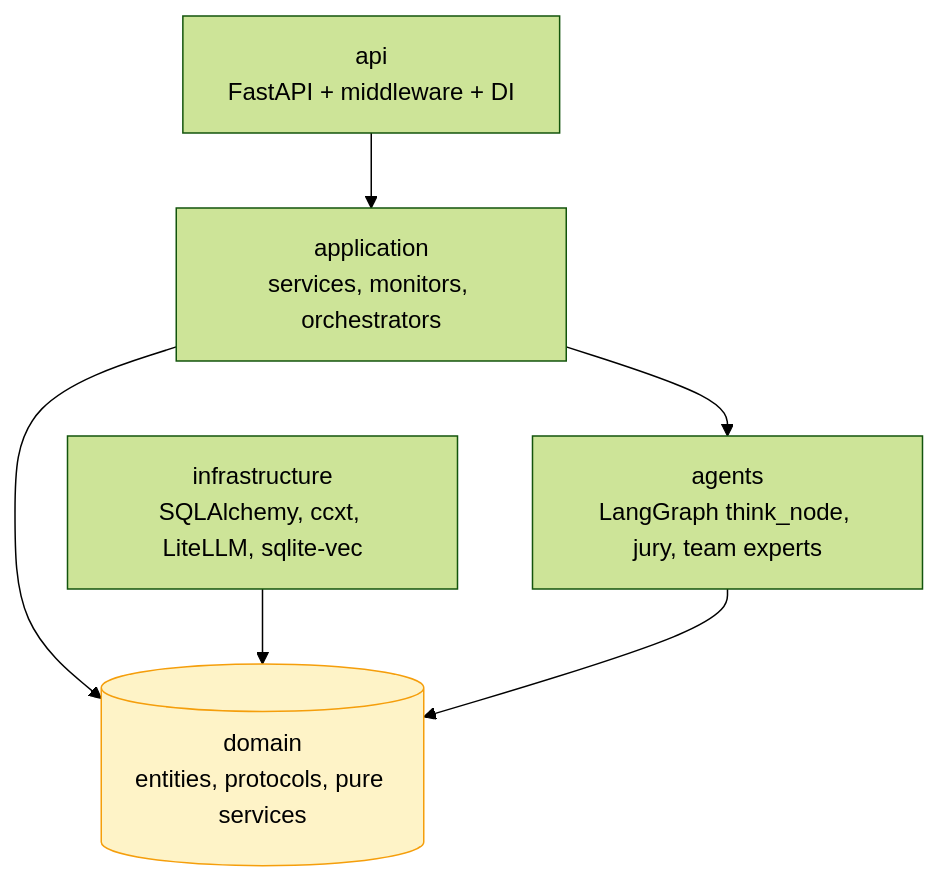
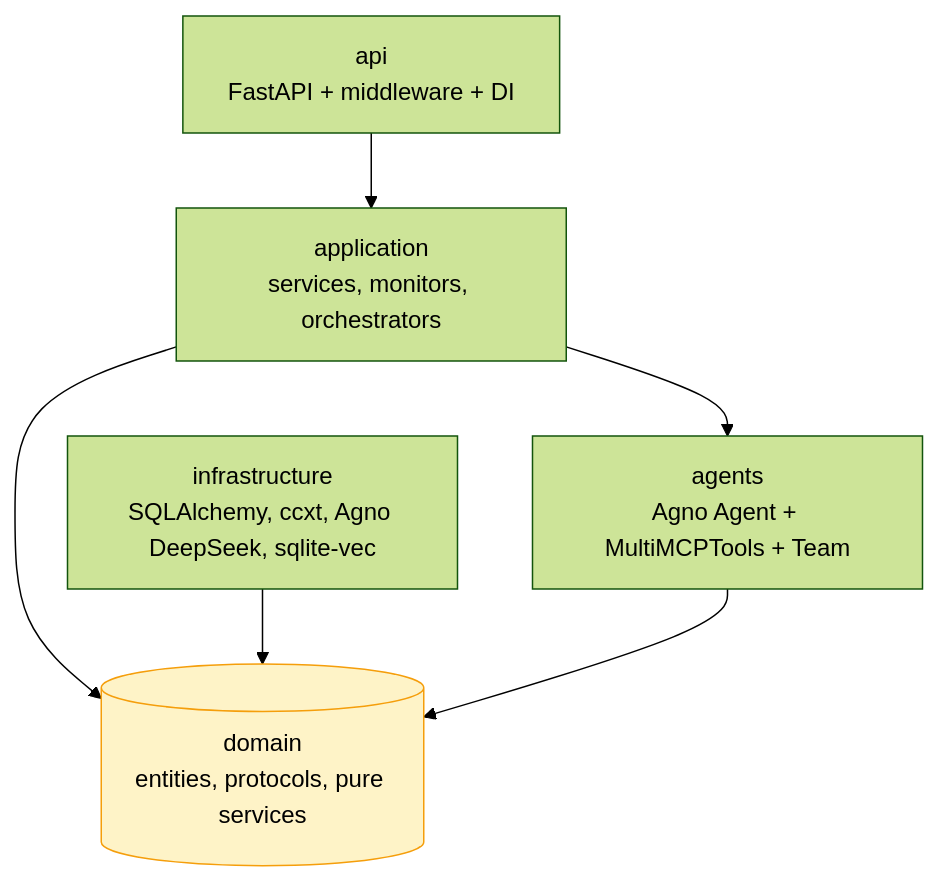
Before and after one commit to gong1414/omnitrade: the first of 2 diagrams in README.md, drawn with Mermaid (forest theme). The commit also changed other lines of this file and 13 other files, not shown here.

````diff
--- a/README.md
+++ b/README.md
@@ -230,17 +230,17 @@
 ```mermaid
 flowchart TD
     api[api<br/>FastAPI + middleware + DI]
     app[application<br/>services, monitors, orchestrators]
     dom[(domain<br/>entities, protocols, pure services)]
-    infra[infrastructure<br/>SQLAlchemy, ccxt, LiteLLM, sqlite-vec]
-    agents[agents<br/>LangGraph think_node, jury, team experts]
+    infra[infrastructure<br/>SQLAlchemy, ccxt, Agno DeepSeek, sqlite-vec]
+    agents[agents<br/>Agno Agent + MultiMCPTools + Team]
 
     api --> app
     app --> dom
     app --> agents
     infra --> dom
     agents --> dom
 
     classDef dom fill:#fef3c7,stroke:#f59e0b
     class dom dom
 ```
````
